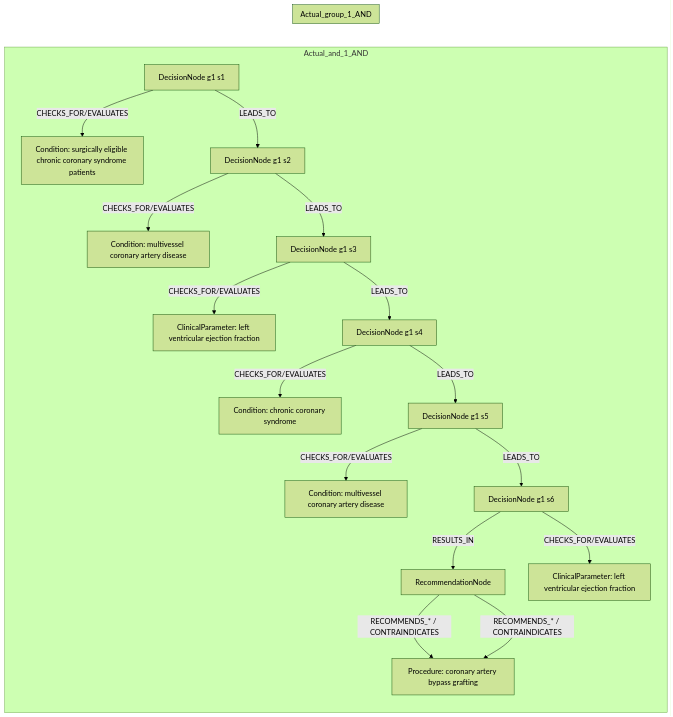
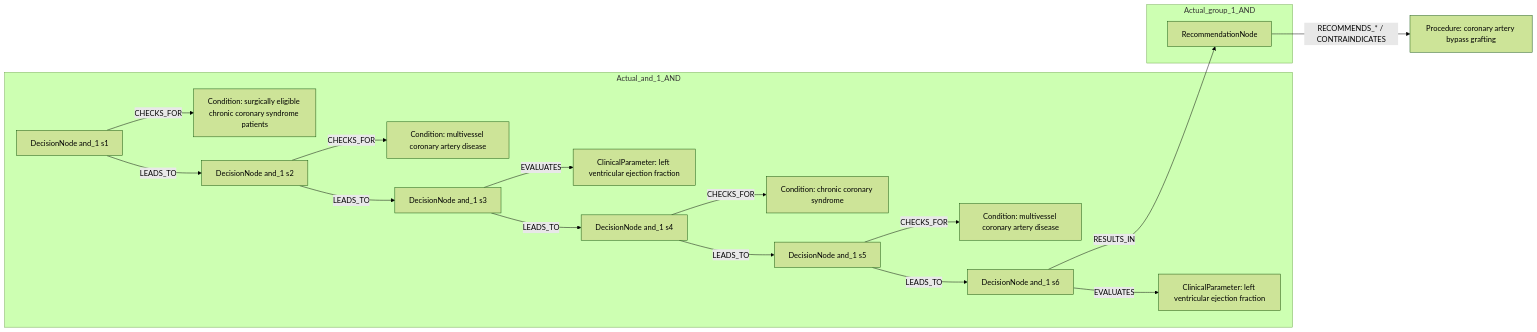
Before and after one commit to dieterich-lab/CardioGuidelinesGraph: the second of 2 diagrams in docs/table22_rows/row_13.md, drawn with Mermaid (forest theme). The commit also changed other lines of this file and 18 other files, not shown here.

Commit message:
Update mermaid diagrams.

````diff
--- a/docs/table22_rows/row_13.md
+++ b/docs/table22_rows/row_13.md
@@ -239,38 +232,35 @@
 ```mermaid
 graph LR
+  REC[RecommendationNode]
+  ACT1[Procedure: coronary artery bypass grafting]
+  REC -->|RECOMMENDS_* / CONTRAINDICATES| ACT1
   subgraph Actual_and_1_AND
-    REC[RecommendationNode]
-    D1[DecisionNode g1 s1]
-    C1[Condition: surgically eligible chronic coronary syndrome patients]
-    D1 -->|CHECKS_FOR/EVALUATES| C1
-    D2[DecisionNode g1 s2]
-    C2[Condition: multivessel coronary artery disease]
-    D2 -->|CHECKS_FOR/EVALUATES| C2
-    D3[DecisionNode g1 s3]
-    C3[ClinicalParameter: left ventricular ejection fraction]
-    D3 -->|CHECKS_FOR/EVALUATES| C3
-    D4[DecisionNode g1 s4]
-    C4[Condition: chronic coronary syndrome]
-    D4 -->|CHECKS_FOR/EVALUATES| C4
-    D5[DecisionNode g1 s5]
-    C5[Condition: multivessel coronary artery disease]
-    D5 -->|CHECKS_FOR/EVALUATES| C5
-    D6[DecisionNode g1 s6]
-    C6[ClinicalParameter: left ventricular ejection fraction]
-    D6 -->|CHECKS_FOR/EVALUATES| C6
-    D1 -->|LEADS_TO| D2
-    D2 -->|LEADS_TO| D3
-    D3 -->|LEADS_TO| D4
-    D4 -->|LEADS_TO| D5
-    D5 -->|LEADS_TO| D6
-    D6 -->|RESULTS_IN| REC
-    ACT1[Procedure: coronary artery bypass grafting]
-    REC -->|RECOMMENDS_* / CONTRAINDICATES| ACT1
+    D_and_1_1[DecisionNode and_1 s1]
+    C_and_1_1[Condition: surgically eligible chronic coronary syndrome patients]
+    D_and_1_1 -->|CHECKS_FOR| C_and_1_1
+    D_and_1_2[DecisionNode and_1 s2]
+    C_and_1_2[Condition: multivessel coronary artery disease]
+    D_and_1_2 -->|CHECKS_FOR| C_and_1_2
+    D_and_1_3[DecisionNode and_1 s3]
+    C_and_1_3[ClinicalParameter: left ventricular ejection fraction]
+    D_and_1_3 -->|EVALUATES| C_and_1_3
+    D_and_1_4[DecisionNode and_1 s4]
+    C_and_1_4[Condition: chronic coronary syndrome]
+    D_and_1_4 -->|CHECKS_FOR| C_and_1_4
+    D_and_1_5[DecisionNode and_1 s5]
+    C_and_1_5[Condition: multivessel coronary artery disease]
+    D_and_1_5 -->|CHECKS_FOR| C_and_1_5
+    D_and_1_6[DecisionNode and_1 s6]
+    C_and_1_6[ClinicalParameter: left ventricular ejection fraction]
+    D_and_1_6 -->|EVALUATES| C_and_1_6
+    D_and_1_1 -->|LEADS_TO| D_and_1_2
+    D_and_1_2 -->|LEADS_TO| D_and_1_3
+    D_and_1_3 -->|LEADS_TO| D_and_1_4
+    D_and_1_4 -->|LEADS_TO| D_and_1_5
+    D_and_1_5 -->|LEADS_TO| D_and_1_6
   end
   subgraph Actual_group_1_AND
-    REC[RecommendationNode]
     REC
-    ACT1[Procedure: coronary artery bypass grafting]
-    REC -->|RECOMMENDS_* / CONTRAINDICATES| ACT1
   end
+  D_and_1_6 -->|RESULTS_IN| REC
 ```
````
